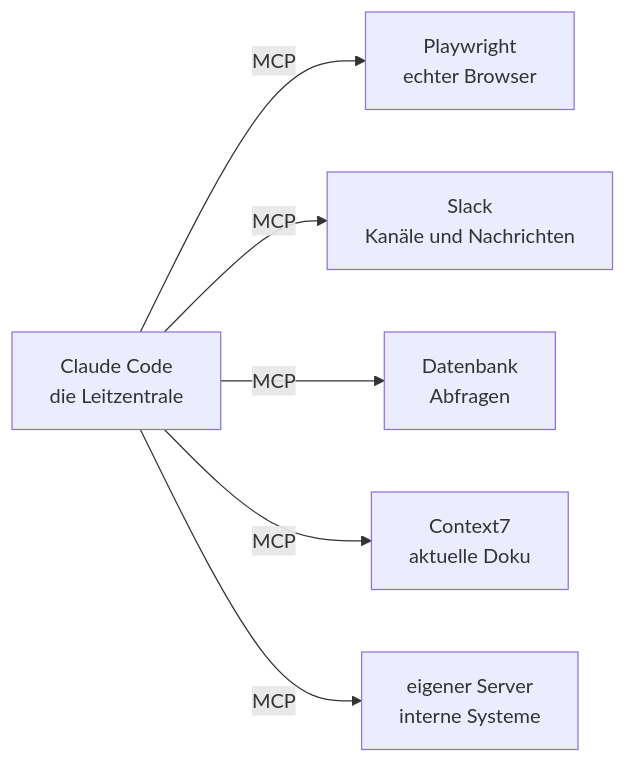
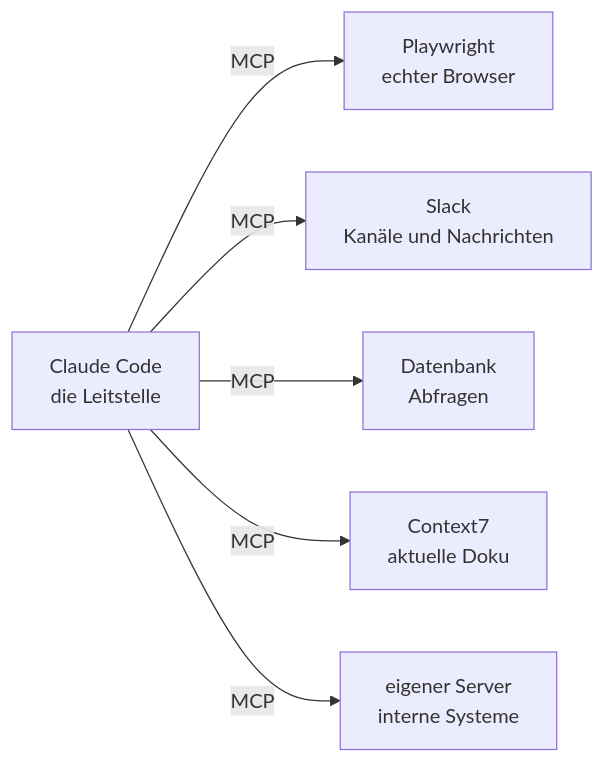
One commit to dynamic-dome/dynamic-workshop changed the diagram in resources/library/s2-14-mcp-stecker.md. Above: the diagram before and after it, drawn with Mermaid. The commit also changed other lines of this file, not shown here.

````diff
--- a/resources/library/s2-14-mcp-stecker.md
+++ b/resources/library/s2-14-mcp-stecker.md
@@ -40,8 +40,8 @@
 ```mermaid
 flowchart LR
-  C["Claude Code<br/>die Leitzentrale"] -- "MCP" --> P["Playwright<br/>echter Browser"]
+  C["Claude Code<br/>die Leitstelle"] -- "MCP" --> P["Playwright<br/>echter Browser"]
   C -- "MCP" --> S["Slack<br/>Kanäle und Nachrichten"]
   C -- "MCP" --> D["Datenbank<br/>Abfragen"]
   C -- "MCP" --> K["Context7<br/>aktuelle Doku"]
   C -- "MCP" --> E["eigener Server<br/>interne Systeme"]
 ```
````
